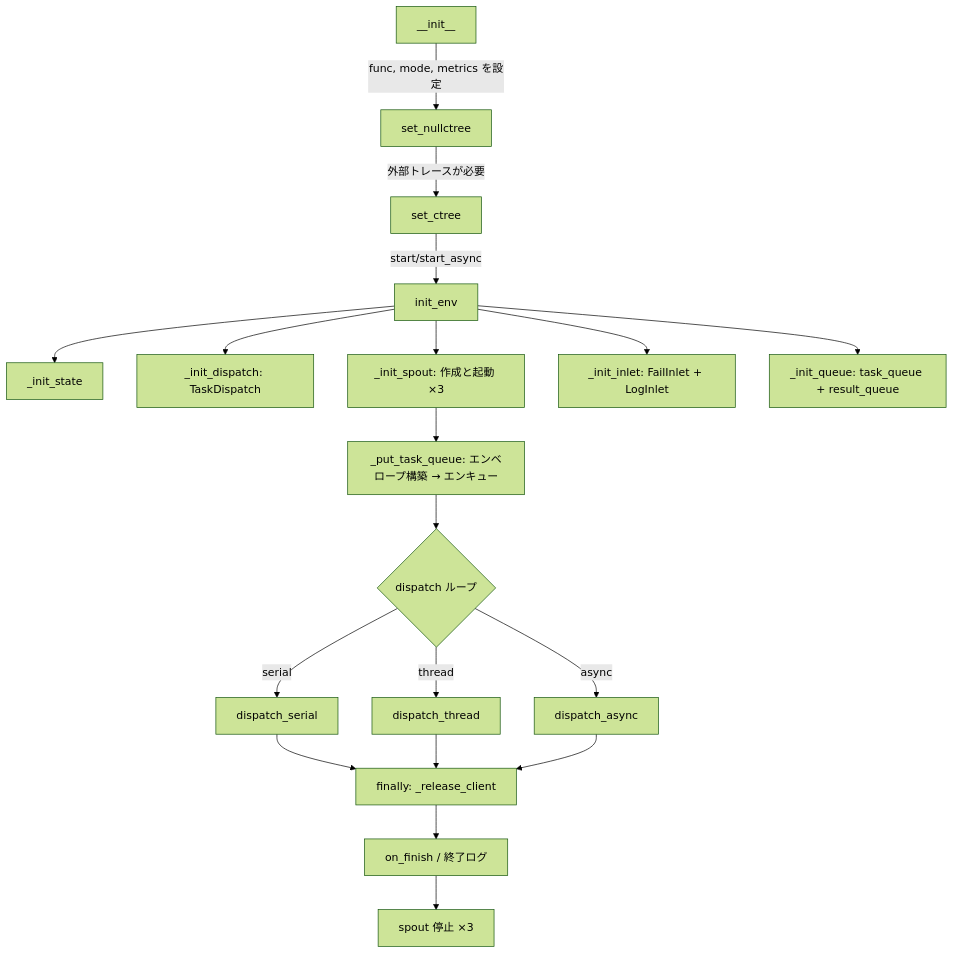
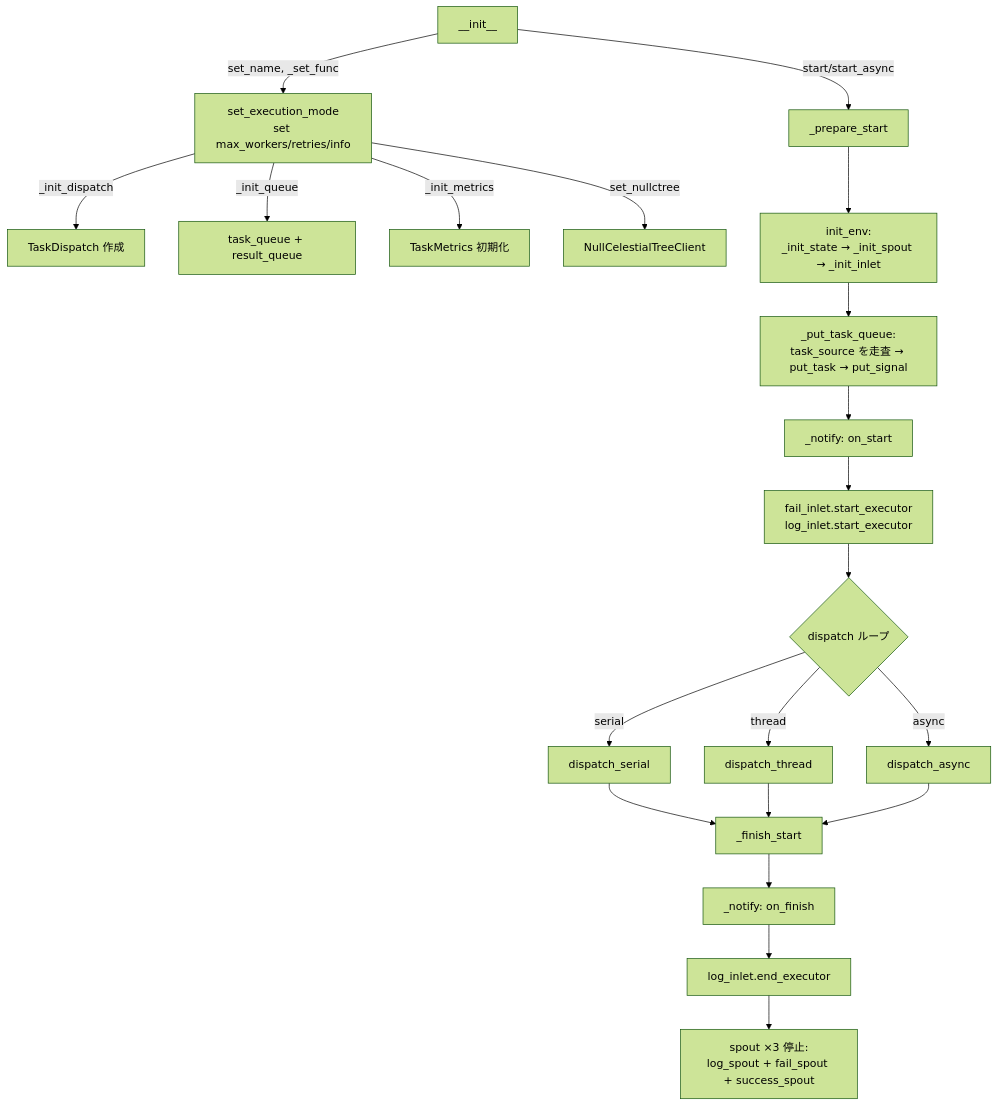
One commit to Mr-xiaotian/CelestialFlow changed the diagram in docs/ja/src/stage/core_executor.md. Above: the diagram before and after it, drawn with Mermaid (forest theme). The commit also changed other lines of this file and 278 other files, not shown here.

````diff
--- a/docs/ja/src/stage/core_executor.md
+++ b/docs/ja/src/stage/core_executor.md
@@ -186,21 +164,27 @@
 ```mermaid
 flowchart TD
-    INIT[__init__] -->|func, mode, metrics を設定| NULLCTREE[set_nullctree]
-    NULLCTREE -->|外部トレースが必要| SETCTREE[set_ctree]
-    SETCTREE -->|start/start_async| ENV[init_env]
-    ENV --> STATE[_init_state]
-    ENV --> DISPATCH_INIT[_init_dispatch: TaskDispatch]
-    ENV --> SPOUT[_init_spout: 作成と起動 ×3]
-    ENV --> INLET[_init_inlet: FailInlet + LogInlet]
-    ENV --> QUEUE[_init_queue: task_queue + result_queue]
-    SPOUT --> PUT[_put_task_queue: エンベロープ構築 → エンキュー]
-    PUT --> RUN{dispatch ループ}
+    INIT[__init__] -->|set_name, _set_func| CONFIG[set_execution_mode<br/>set max_workers/retries/info]
+    CONFIG -->|_init_dispatch| DISPATCH[TaskDispatch 作成]
+    CONFIG -->|_init_queue| QUEUE[task_queue + result_queue]
+    CONFIG -->|_init_metrics| METRICS[TaskMetrics 初期化]
+    CONFIG -->|set_nullctree| CTREE[NullCelestialTreeClient]
+
+    INIT -->|start/start_async| PREPARE[_prepare_start]
+    PREPARE --> ENV[init_env:<br/>_init_state → _init_spout → _init_inlet]
+    ENV --> PUT[_put_task_queue:<br/>task_source を走査 → put_task → put_signal]
+    PUT --> NOTIFY_START[_notify: on_start]
+    NOTIFY_START --> LOG_START[fail_inlet.start_executor<br/>log_inlet.start_executor]
+
+    LOG_START --> RUN{dispatch ループ}
     RUN -->|serial| SERIAL[dispatch_serial]
     RUN -->|thread| THREAD[dispatch_thread]
     RUN -->|async| ASYNC[dispatch_async]
-    SERIAL --> CLEANUP[finally: _release_client]
-    THREAD --> CLEANUP
-    ASYNC --> CLEANUP
-    CLEANUP --> NOTIFY[on_finish / 終了ログ]
-    NOTIFY --> STOP[spout 停止 ×3]
+
+    SERIAL --> FINISH[_finish_start]
+    THREAD --> FINISH
+    ASYNC --> FINISH
+
+    FINISH --> NOTIFY_END[_notify: on_finish]
+    NOTIFY_END --> LOG_END[log_inlet.end_executor]
+    LOG_END --> STOP[spout ×3 停止:<br/>log_spout + fail_spout + success_spout]
 ```
````
